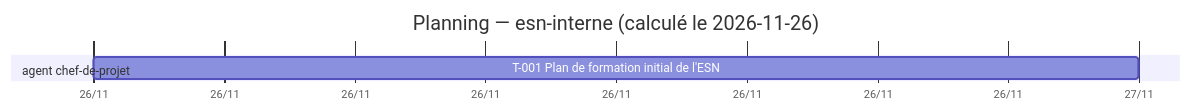
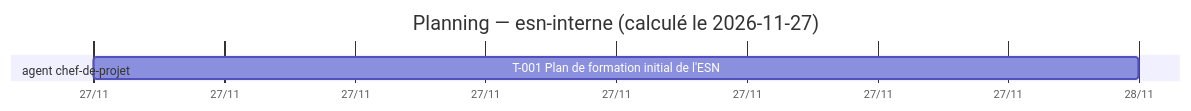
One commit to LopezMat/tpGestionProjet changed the diagram in projets/esn-interne/TABLEAU.md. Above: the diagram before and after it, drawn with Mermaid. The commit also changed other lines of this file and 5 other files, not shown here.

````diff
--- a/projets/esn-interne/TABLEAU.md
+++ b/projets/esn-interne/TABLEAU.md
@@ -59,8 +59,8 @@
 ```mermaid
 gantt
-    title Planning — esn-interne (calculé le 2026-11-26)
+    title Planning — esn-interne (calculé le 2026-11-27)
     dateFormat YYYY-MM-DD
     axisFormat %d/%m
     section agent chef-de-projet
-    T-001 Plan de formation initial de l'ESN :t001, 2026-11-26, 2026-11-27
+    T-001 Plan de formation initial de l'ESN :t001, 2026-11-27, 2026-11-28
 ```
````
